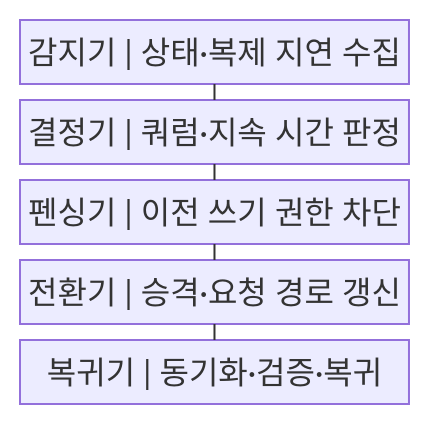
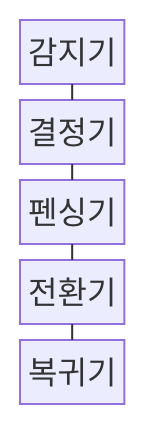
One commit to agnusdei1207/knowledge-base changed the first of 2 diagrams in src/content/docs/notes/03-software/200_auto_failover.md. Above: the diagram before and after it, drawn with Mermaid. The commit also changed other lines of this file and 238 other files, not shown here.

````diff
--- a/src/content/docs/notes/03-software/200_auto_failover.md
+++ b/src/content/docs/notes/03-software/200_auto_failover.md
@@ -60,13 +60,13 @@
 ```mermaid
-block
+block-beta
     columns 1
-    A["감지기 | 상태·복제 지연 수집"]
-    B["결정기 | 쿼럼·지속 시간 판정"]
-    C["펜싱기 | 이전 쓰기 권한 차단"]
-    D["전환기 | 승격·요청 경로 갱신"]
-    E["복귀기 | 동기화·검증·복귀"]
+    A["감지기"]
+    B["결정기"]
+    C["펜싱기"]
+    D["전환기"]
+    E["복귀기"]
     A --- B
     B --- C
     C --- D
     D --- E
 ```
````
